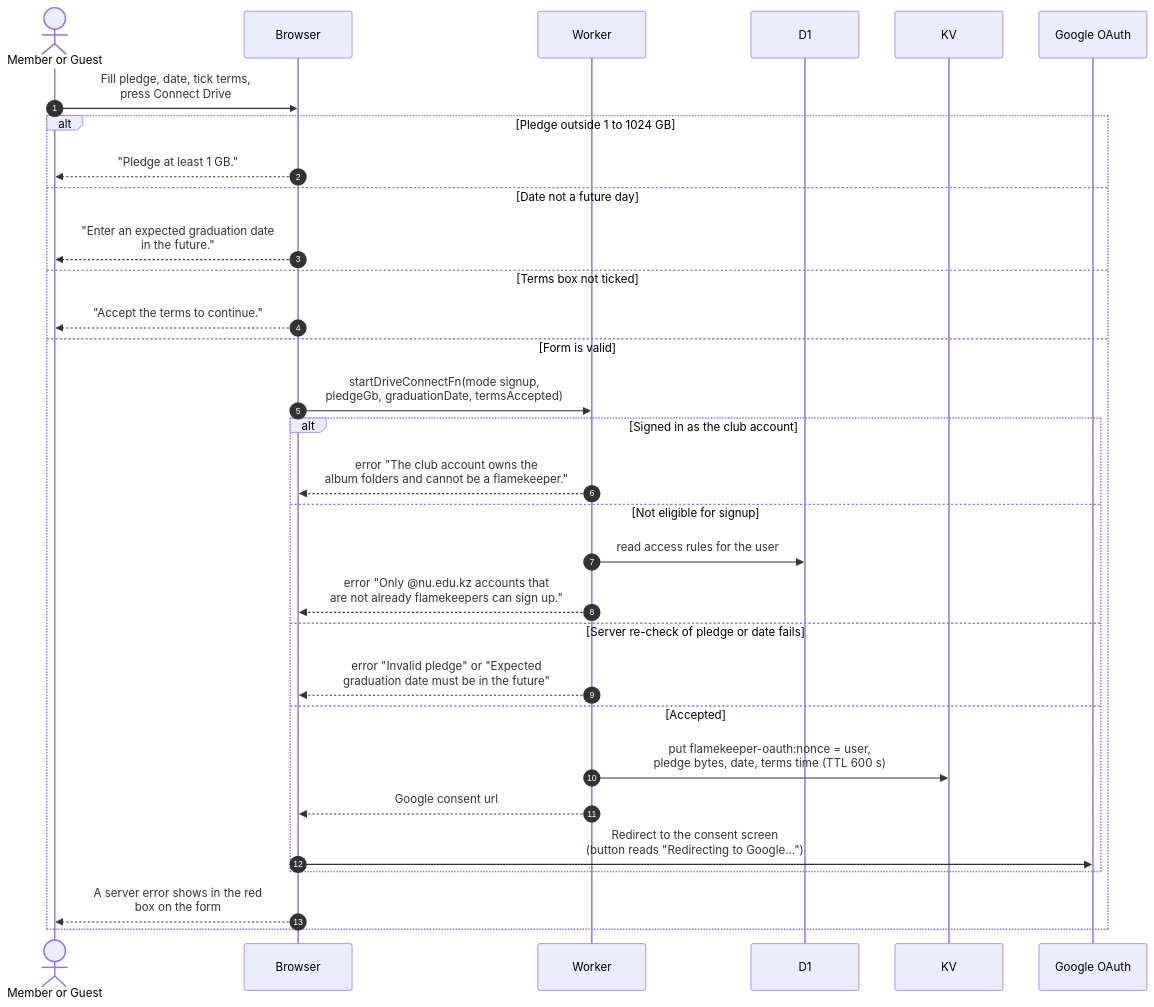
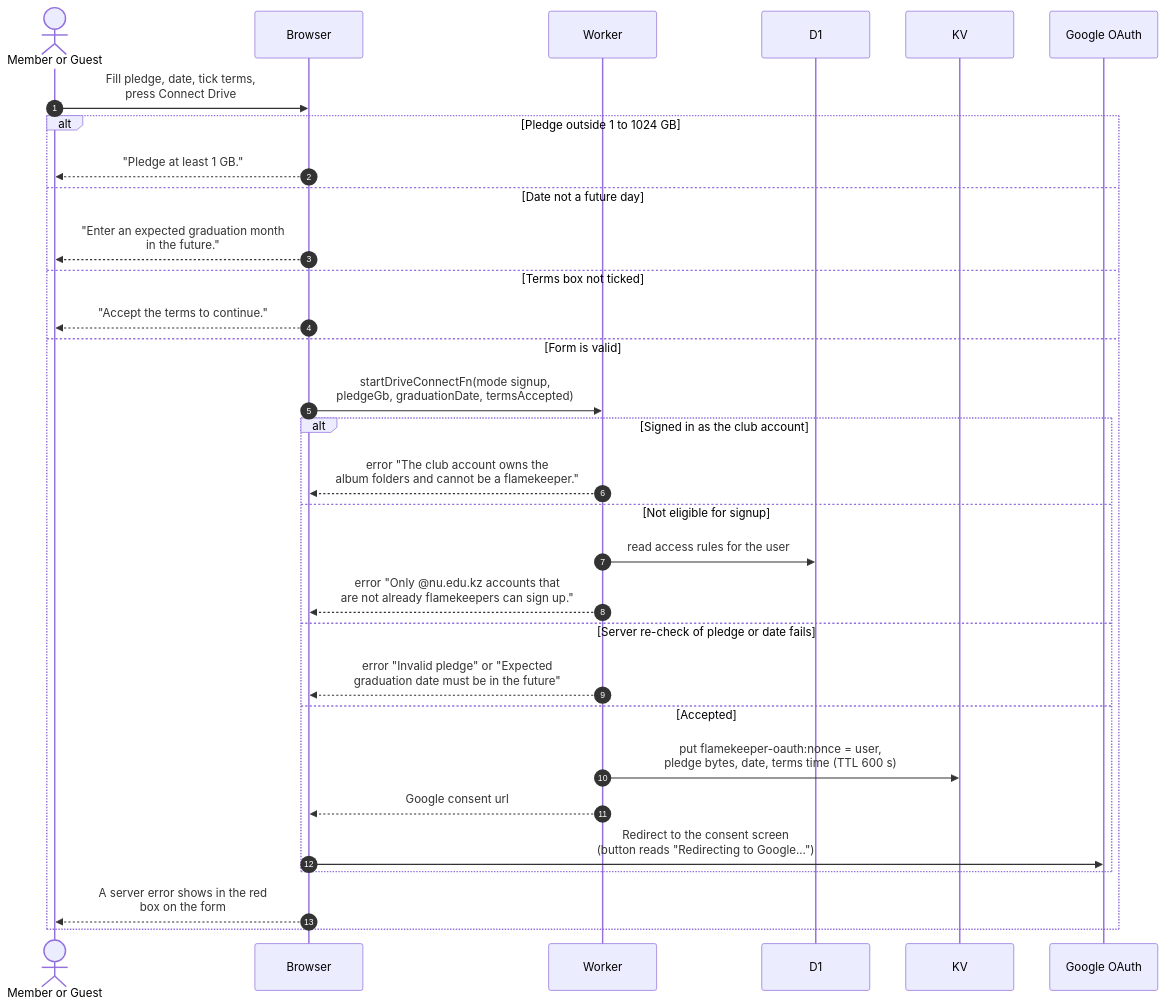
The diagram in docs/scenarios/flamekeepers/connect-drive.md (sagyzdop/meriksirat), drawn with Mermaid before and after one commit. The commit also changed other lines of this file and 38 other files, not shown here.

First line of the commit message:
feat(graduation): one graduation date on the user

````diff
--- a/docs/scenarios/flamekeepers/connect-drive.md
+++ b/docs/scenarios/flamekeepers/connect-drive.md
@@ -21,33 +21,33 @@
 ```mermaid
 sequenceDiagram
     autonumber
     actor P as Member or Guest
     participant Browser
     participant Worker
     participant D1
     participant KV
     participant GO as Google OAuth
     P->>Browser: Fill pledge, date, tick terms,<br/>press Connect Drive
     alt Pledge outside 1 to 1024 GB
         Browser-->>P: "Pledge at least 1 GB."
     else Date not a future day
-        Browser-->>P: "Enter an expected graduation date<br/>in the future."
+        Browser-->>P: "Enter an expected graduation month<br/>in the future."
     else Terms box not ticked
         Browser-->>P: "Accept the terms to continue."
     else Form is valid
         Browser->>Worker: startDriveConnectFn(mode signup,<br/>pledgeGb, graduationDate, termsAccepted)
         alt Signed in as the club account
             Worker-->>Browser: error "The club account owns the<br/>album folders and cannot be a flamekeeper."
         else Not eligible for signup
             Worker->>D1: read access rules for the user
             Worker-->>Browser: error "Only @nu.edu.kz accounts that<br/>are not already flamekeepers can sign up."
         else Server re-check of pledge or date fails
             Worker-->>Browser: error "Invalid pledge" or "Expected<br/>graduation date must be in the future"
         else Accepted
             Worker->>KV: put flamekeeper-oauth:nonce = user,<br/>pledge bytes, date, terms time (TTL 600 s)
             Worker-->>Browser: Google consent url
             Browser->>GO: Redirect to the consent screen<br/>(button reads "Redirecting to Google...")
         end
         Browser-->>P: A server error shows in the red<br/>box on the form
     end
 ```
````
